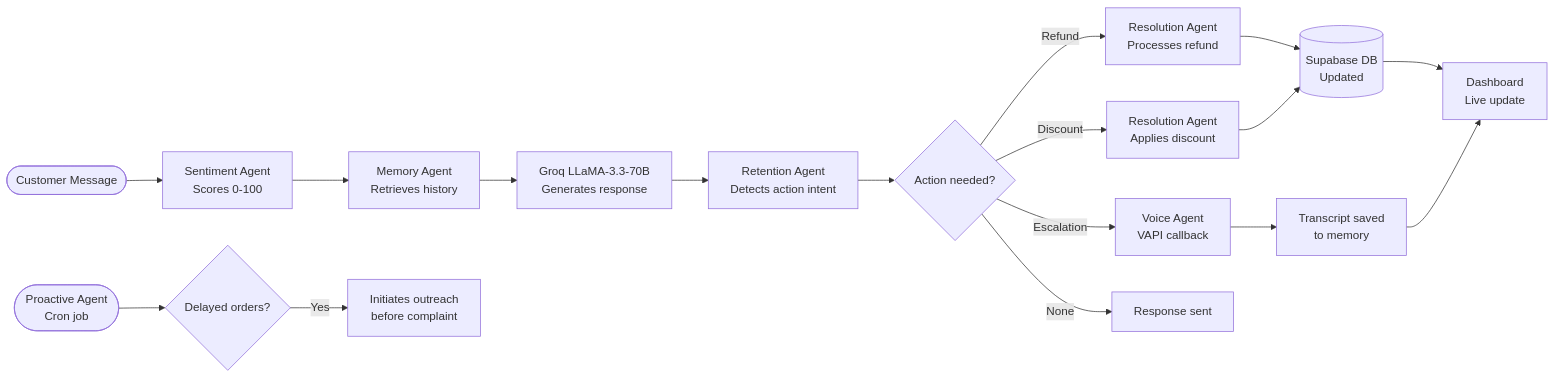
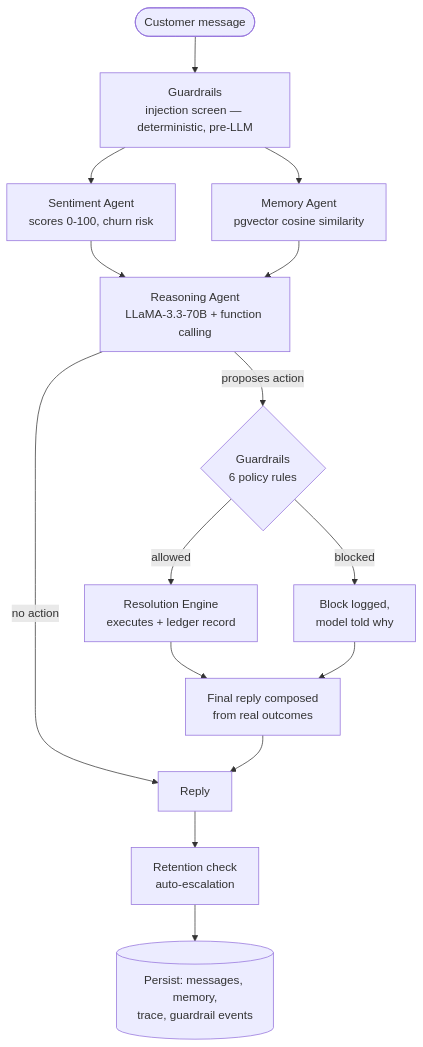
One commit to uttampreet-dev/FirstSignal changed the diagram in README.md. Above: the diagram before and after it, drawn with Mermaid. The commit also changed other lines of this file and 26 other files, not shown here.

Commit message:
Add semantic memory, guardrailed tool calling, live pipeline streaming, health trajectories, evals, and zero-key verification

````diff
--- a/README.md
+++ b/README.md
@@ -108,20 +68,17 @@
 ```mermaid
-flowchart LR
-    A([Customer Message]) --> B[Sentiment Agent\nScores 0-100]
-    B --> C[Memory Agent\nRetrieves history]
-    C --> D[Groq LLaMA-3.3-70B\nGenerates response]
-    D --> E[Retention Agent\nDetects action intent]
-    E --> F{Action needed?}
-    F -->|Refund| G[Resolution Agent\nProcesses refund]
-    F -->|Discount| H[Resolution Agent\nApplies discount]
-    F -->|Escalation| I[Voice Agent\nVAPI callback]
-    F -->|None| J[Response sent]
-    G --> K[(Supabase DB\nUpdated)]
-    H --> K
-    I --> L[Transcript saved\nto memory]
-    K --> M[Dashboard\nLive update]
-    L --> M
-    
-    N([Proactive Agent\nCron job]) --> O{Delayed orders?}
-    O -->|Yes| P[Initiates outreach\nbefore complaint]
+flowchart TD
+    A([Customer message]) --> B[Guardrails<br/>injection screen — deterministic, pre-LLM]
+    B --> C[Sentiment Agent<br/>scores 0-100, churn risk]
+    B --> D[Memory Agent<br/>pgvector cosine similarity]
+    C --> E[Reasoning Agent<br/>LLaMA-3.3-70B + function calling]
+    D --> E
+    E -->|proposes action| F{Guardrails<br/>6 policy rules}
+    F -->|allowed| G[Resolution Engine<br/>executes + ledger record]
+    F -->|blocked| H[Block logged,<br/>model told why]
+    G --> I[Final reply composed<br/>from real outcomes]
+    H --> I
+    E -->|no action| J[Reply]
+    I --> J
+    J --> K[Retention check<br/>auto-escalation]
+    K --> L[(Persist: messages, memory,<br/>trace, guardrail events)]
 ```
````
